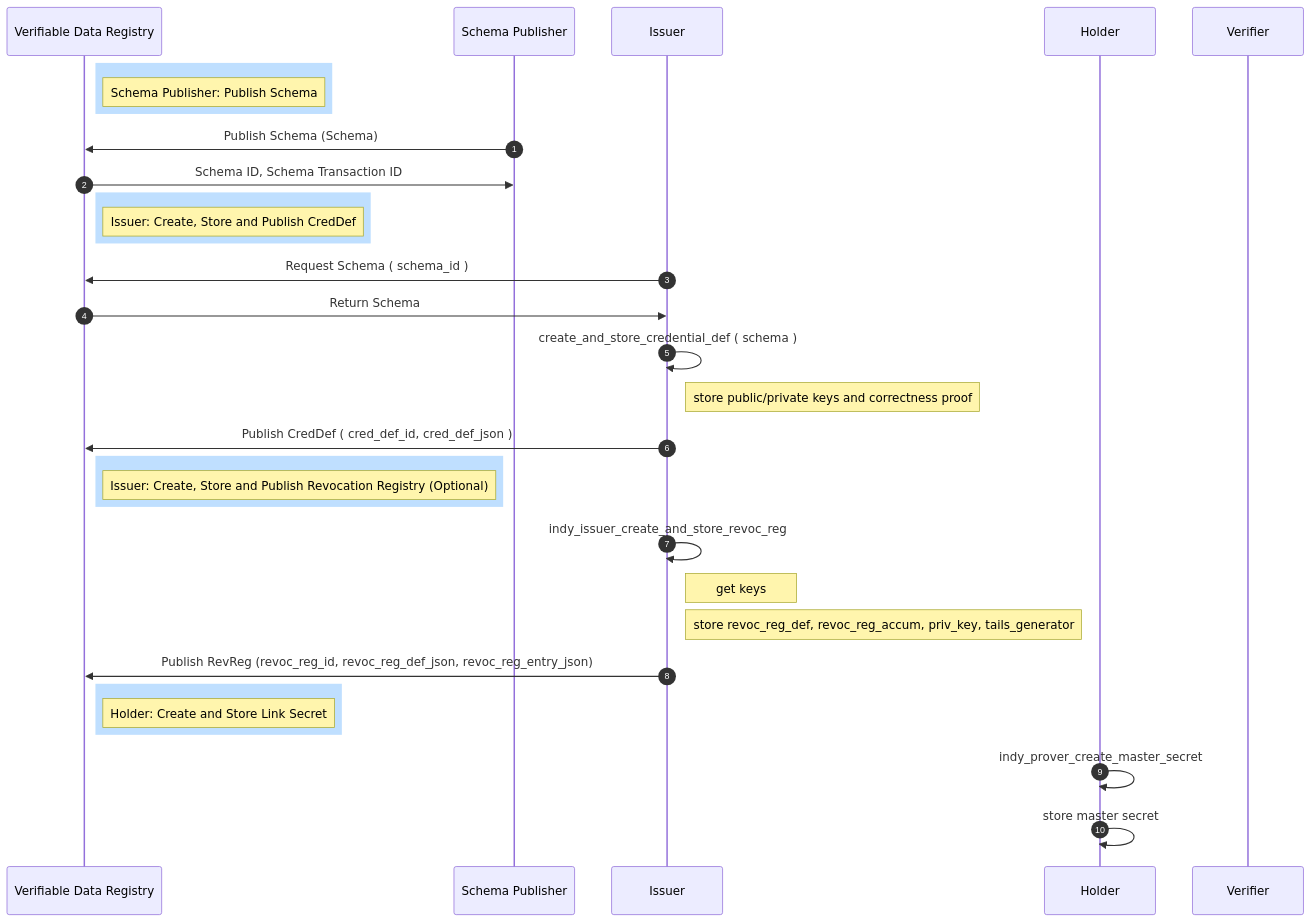
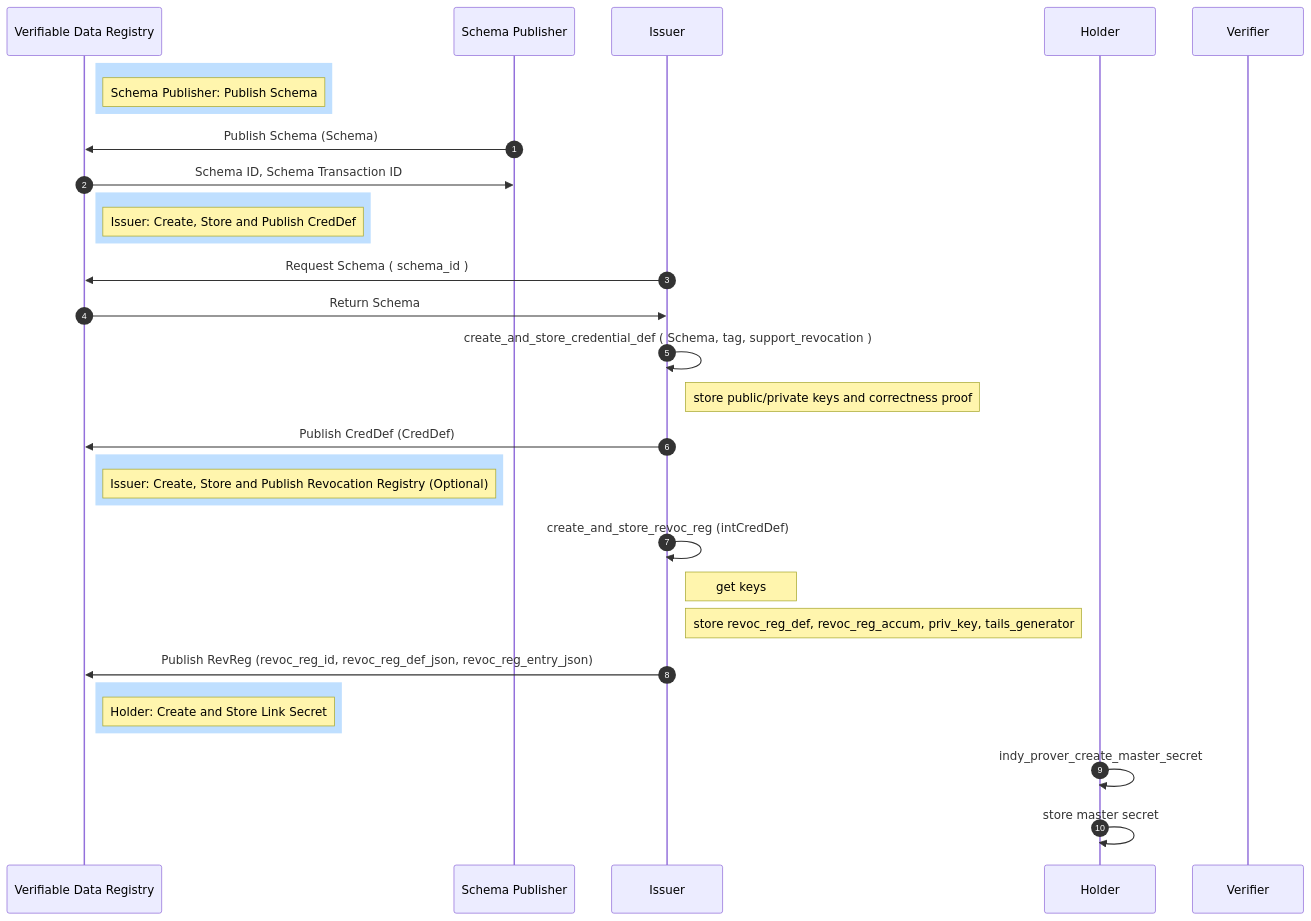
One commit to hyperledger/anoncreds-spec changed the diagram in spec/data_flow_setup.md. Above: the diagram before and after it, drawn with Mermaid. The commit also changed other lines of this file, not shown here.

Commit message:
The addition of the CredDef setup data flow, minus some Cryptographic details

````diff
--- a/spec/data_flow_setup.md
+++ b/spec/data_flow_setup.md
@@ -17,35 +17,38 @@
 ```mermaid
 sequenceDiagram
     autonumber
     participant L as Verifiable Data Registry
     participant SC as Schema Publisher
     participant I as Issuer
     participant H as Holder
     participant V as Verifier
 
     rect rgb(191, 223, 255)
         Note right of L: Schema Publisher: Publish Schema
     end
     SC ->> L: Publish Schema (Schema)
     L ->> SC: Schema ID, Schema Transaction ID
+
     rect rgb(191, 223, 255)
         Note right of L: Issuer: Create, Store and Publish CredDef
     end
     I ->> L: Request Schema ( schema_id )
     L ->> I: Return Schema
-    I ->> I: create_and_store_credential_def ( schema )
+    I ->> I: create_and_store_credential_def ( Schema, tag, support_revocation )
     Note right of I: store public/private keys and correctness proof
-    I ->> L: Publish CredDef ( cred_def_id,  cred_def_json )
+    I ->> L: Publish CredDef (CredDef)
+
     rect rgb(191, 223, 255)
         Note right of L: Issuer: Create, Store and Publish Revocation Registry (Optional)
     end
-    I ->> I: indy_issuer_create_and_store_revoc_reg
+    I ->> I: create_and_store_revoc_reg (intCredDef)
     Note right of I: get keys
     Note right of I: store revoc_reg_def, revoc_reg_accum, priv_key, tails_generator
     I ->> L: Publish RevReg (revoc_reg_id, revoc_reg_def_json, revoc_reg_entry_json)
+    
     rect rgb(191, 223, 255)
         Note right of L: Holder: Create and Store Link Secret
     end
     H ->> H: indy_prover_create_master_secret
     H ->> H: store master secret
 ```
````
